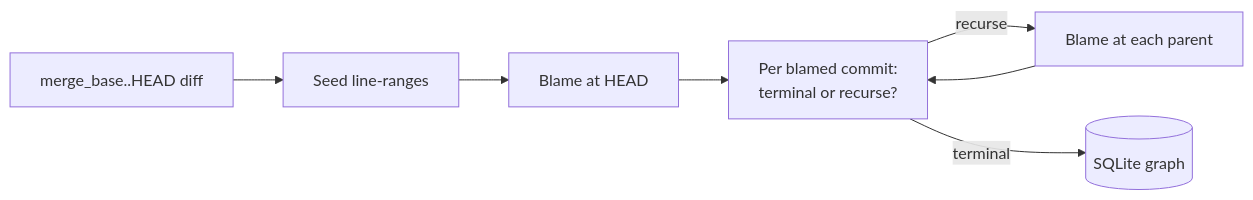
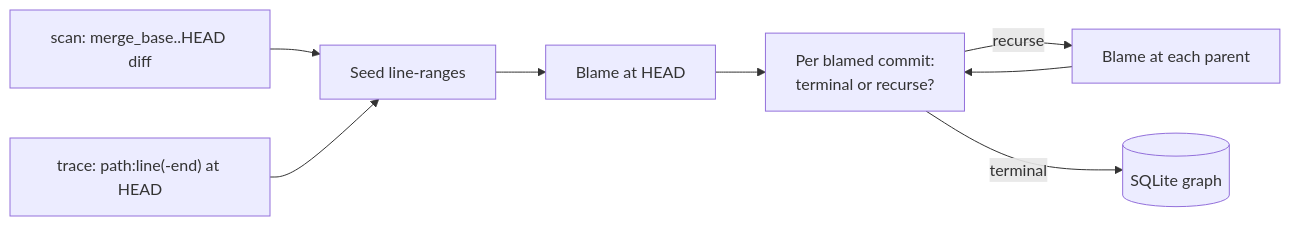
The diagram in README.md (rolandpeelen/histoire), drawn with Mermaid before and after one commit. The commit also changed other lines of this file and 8 other files, not shown here.

First line of the commit message:
Add trace subcommand and lift Scan aggregate into db

````diff
--- a/README.md
+++ b/README.md
@@ -74,9 +93,10 @@
 ```mermaid
 flowchart LR
-    A[merge_base..HEAD diff] --> B[Seed line-ranges]
+    S1[scan: merge_base..HEAD diff] --> B[Seed line-ranges]
+    S2["trace: path:line(-end) at HEAD"] --> B
     B --> C[Blame at HEAD]
     C --> D[Per blamed commit:<br/>terminal or recurse?]
     D -->|recurse| E[Blame at each parent]
     E --> D
     D -->|terminal| F[(SQLite graph)]
 ```
````
